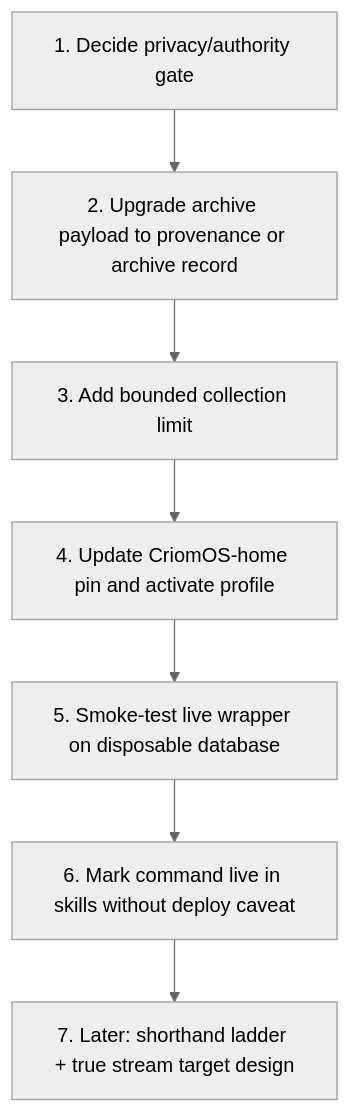
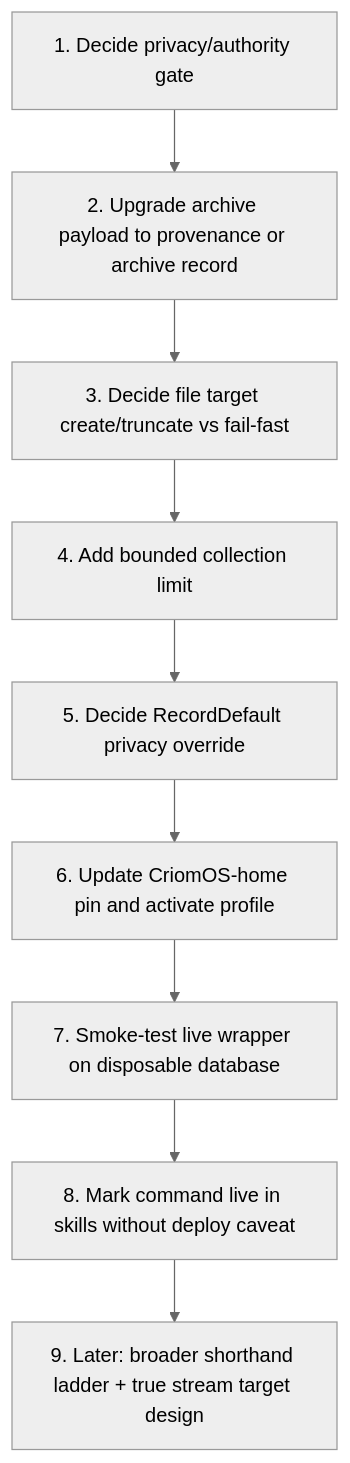
One commit to LiGoldragon/primary changed the seventh of 7 diagrams in reports/system-operator/190-spirit-removal-candidate-open-problems-psyche-report-2026-06-03.md. Above: the diagram before and after it, drawn with Mermaid (neutral theme). The commit also changed other lines of this file, not shown here.

````diff
--- a/reports/system-operator/190-spirit-removal-candidate-open-problems-psyche-report-2026-06-03.md
+++ b/reports/system-operator/190-spirit-removal-candidate-open-problems-psyche-report-2026-06-03.md
@@ -353,12 +422,14 @@
 ```mermaid
 flowchart TD
     A["1. Decide privacy/authority gate"]
     B["2. Upgrade archive payload to provenance or archive record"]
-    C["3. Add bounded collection limit"]
-    D["4. Update CriomOS-home pin and activate profile"]
-    E["5. Smoke-test live wrapper on disposable database"]
-    F["6. Mark command live in skills without deploy caveat"]
-    G["7. Later: shorthand ladder + true stream target design"]
+    C["3. Decide file target create/truncate vs fail-fast"]
+    D["4. Add bounded collection limit"]
+    E["5. Decide RecordDefault privacy override"]
+    F["6. Update CriomOS-home pin and activate profile"]
+    G["7. Smoke-test live wrapper on disposable database"]
+    H["8. Mark command live in skills without deploy caveat"]
+    I["9. Later: broader shorthand ladder + true stream target design"]
 
-    A --> B --> C --> D --> E --> F --> G
+    A --> B --> C --> D --> E --> F --> G --> H --> I
 ```
````
